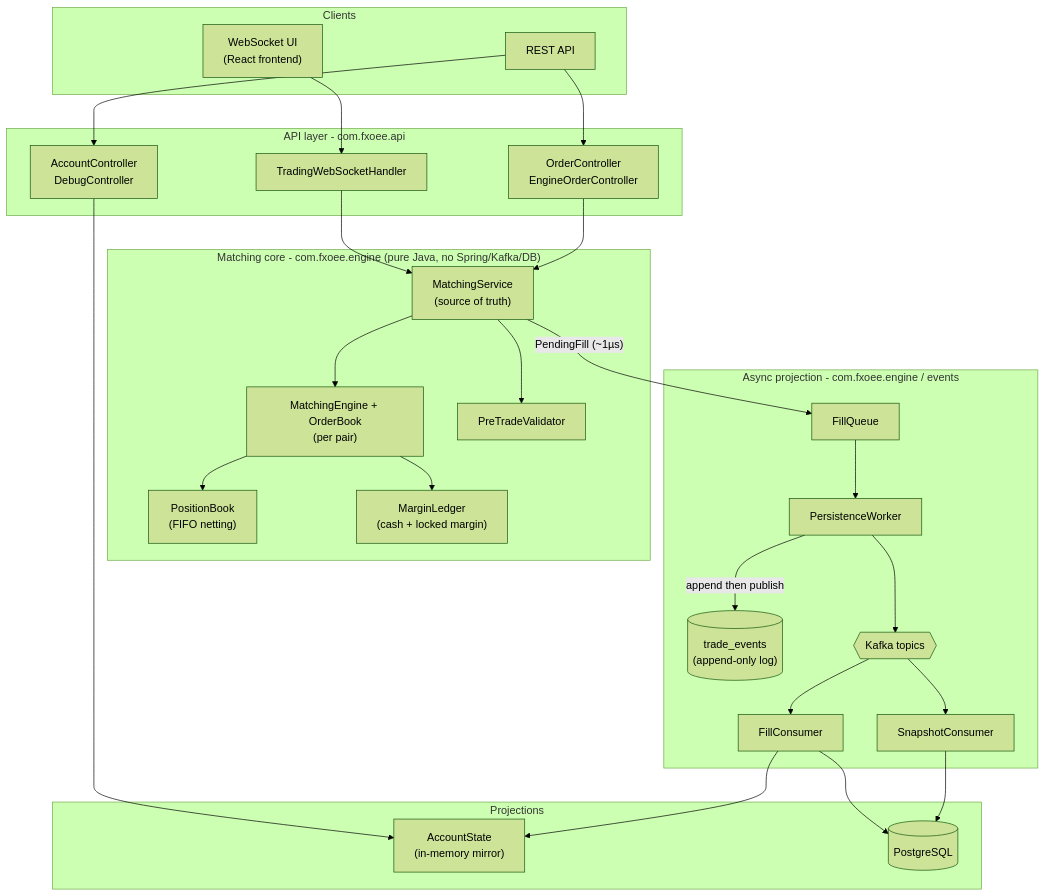
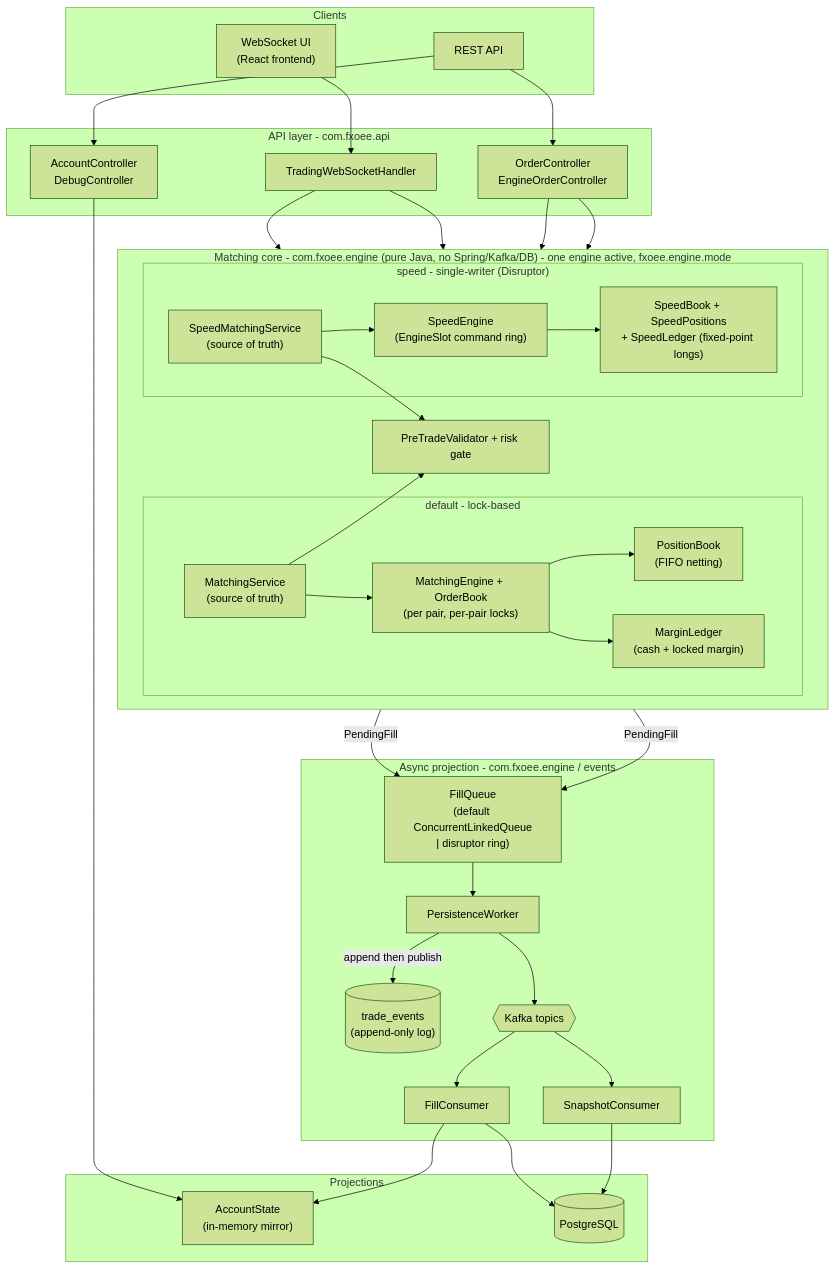
The diagram in README.md (mc139/fx-oee-docs), drawn with Mermaid (forest theme) before and after one commit. The commit also changed other lines of this file and 21 other files, not shown here.

````diff
--- a/README.md
+++ b/README.md
@@ -14,48 +14,60 @@
 ```mermaid
 flowchart TB
     subgraph client["Clients"]
         WS["WebSocket UI<br/>(React frontend)"]
         REST["REST API"]
     end
 
     subgraph api["API layer - com.fxoee.api"]
         OC["OrderController<br/>EngineOrderController"]
         AC["AccountController<br/>DebugController"]
         WSH["TradingWebSocketHandler"]
     end
 
-    subgraph engine["Matching core - com.fxoee.engine (pure Java, no Spring/Kafka/DB)"]
-        MS["MatchingService<br/>(source of truth)"]
-        ME["MatchingEngine + OrderBook<br/>(per pair)"]
-        PB["PositionBook<br/>(FIFO netting)"]
-        ML["MarginLedger<br/>(cash + locked margin)"]
-        PV["PreTradeValidator"]
+    subgraph engine["Matching core - com.fxoee.engine (pure Java, no Spring/Kafka/DB) - one engine active, fxoee.engine.mode"]
+        direction LR
+        subgraph def["default - lock-based"]
+            MS["MatchingService<br/>(source of truth)"]
+            ME["MatchingEngine + OrderBook<br/>(per pair, per-pair locks)"]
+            PB["PositionBook<br/>(FIFO netting)"]
+            ML["MarginLedger<br/>(cash + locked margin)"]
+        end
+        subgraph spd["speed - single-writer (Disruptor)"]
+            SMS["SpeedMatchingService<br/>(source of truth)"]
+            SE["SpeedEngine<br/>(EngineSlot command ring)"]
+            SB["SpeedBook + SpeedPositions<br/>+ SpeedLedger (fixed-point longs)"]
+        end
+        PV["PreTradeValidator + risk gate"]
     end
 
     subgraph async["Async projection - com.fxoee.engine / events"]
-        FQ["FillQueue"]
+        FQ["FillQueue<br/>(default ConcurrentLinkedQueue<br/>| disruptor ring)"]
         PW["PersistenceWorker"]
         LOG[("trade_events<br/>(append-only log)")]
         K{{"Kafka topics"}}
         FC["FillConsumer"]
         SC["SnapshotConsumer"]
     end
 
     subgraph stores["Projections"]
         AS["AccountState<br/>(in-memory mirror)"]
         DB[("PostgreSQL")]
     end
 
     WS --> WSH
     REST --> OC & AC
-    WSH --> MS
-    OC --> MS
+    WSH --> MS & SMS
+    OC --> MS & SMS
     AC --> AS
     MS --> ME --> PB & ML
+    SMS --> SE --> SB
     MS --> PV
-    MS -- "PendingFill (~1µs)" --> FQ --> PW
+    SMS --> PV
+    MS -- "PendingFill" --> FQ
+    SMS -- "PendingFill" --> FQ
+    FQ --> PW
     PW -- "append then publish" --> LOG
     PW --> K
     K --> FC --> DB & AS
     K --> SC --> DB
 ```
````
